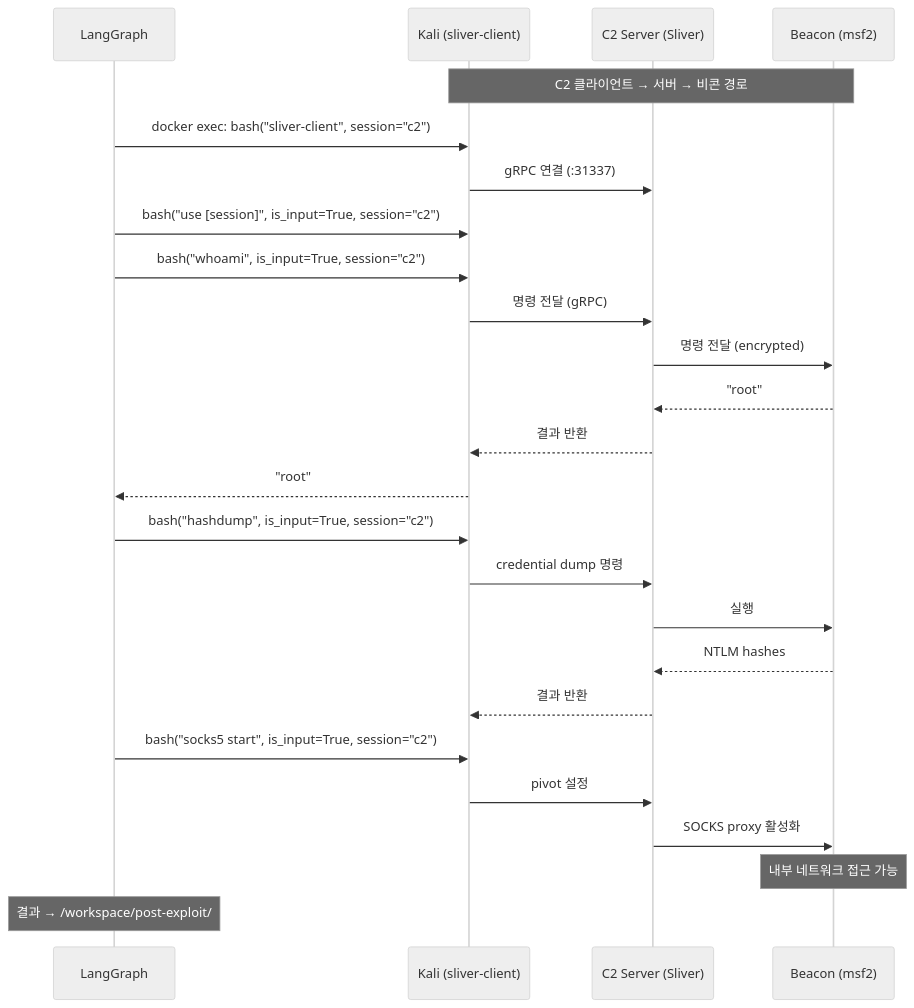
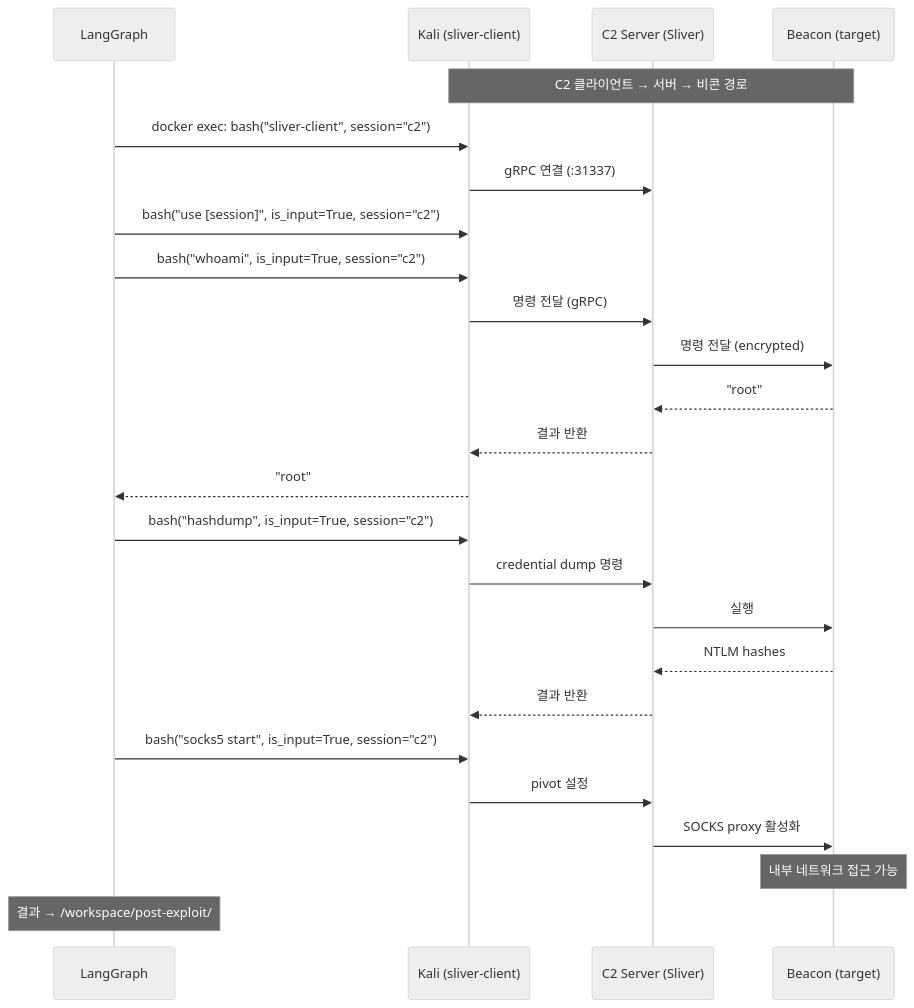
Before and after one commit to musicsms/decepticon: the eighth of 12 diagrams in docs/architecture/red-team-infrastructure.md, drawn with Mermaid (neutral theme). The commit also changed other lines of this file and 19 other files, not shown here.

````diff
--- a/docs/architecture/red-team-infrastructure.md
+++ b/docs/architecture/red-team-infrastructure.md
@@ -358,33 +353,33 @@
 ```mermaid
 sequenceDiagram
     participant LG as LangGraph
     participant K as Kali (sliver-client)
     participant C2 as C2 Server (Sliver)
-    participant B as Beacon (msf2)
+    participant B as Beacon (target)
 
     Note over K,B: C2 클라이언트 → 서버 → 비콘 경로
 
     LG->>K: docker exec: bash("sliver-client", session="c2")
     K->>C2: gRPC 연결 (:31337)
 
     LG->>K: bash("use [session]", is_input=True, session="c2")
     LG->>K: bash("whoami", is_input=True, session="c2")
     K->>C2: 명령 전달 (gRPC)
     C2->>B: 명령 전달 (encrypted)
     B-->>C2: "root"
     C2-->>K: 결과 반환
     K-->>LG: "root"
 
     LG->>K: bash("hashdump", is_input=True, session="c2")
     K->>C2: credential dump 명령
     C2->>B: 실행
     B-->>C2: NTLM hashes
     C2-->>K: 결과 반환
 
     LG->>K: bash("socks5 start", is_input=True, session="c2")
     K->>C2: pivot 설정
     C2->>B: SOCKS proxy 활성화
     Note over B: 내부 네트워크 접근 가능
 
     Note over LG: 결과 → /workspace/post-exploit/
 ```
````
